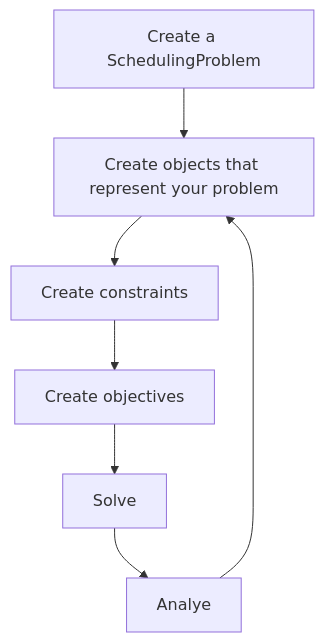
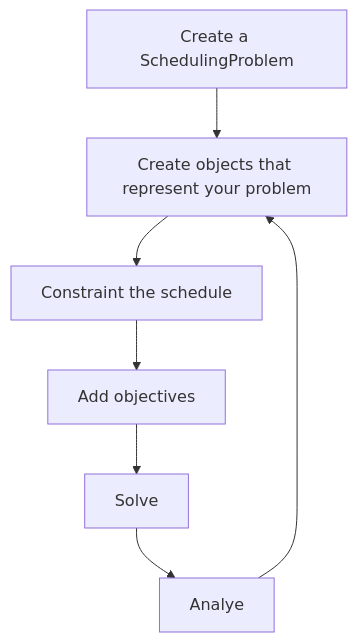
Before and after one commit to tpaviot/ProcessScheduler: the diagram in docs/workflow.md, drawn with Mermaid. The commit also changed other lines of this file and 2 other files, not shown here.

````diff
--- a/docs/workflow.md
+++ b/docs/workflow.md
@@ -5,9 +5,9 @@
 ``` mermaid
 graph TD
   A[Create a SchedulingProblem] --> B[Create objects that represent your problem];
-  B --> C[Create constraints];
-  C --> D[Create objectives];
+  B --> C[Constraint the schedule];
+  C --> D[Add objectives];
   D --> E[Solve];
   E --> F[Analye];
   F --> B;
 ```
````
